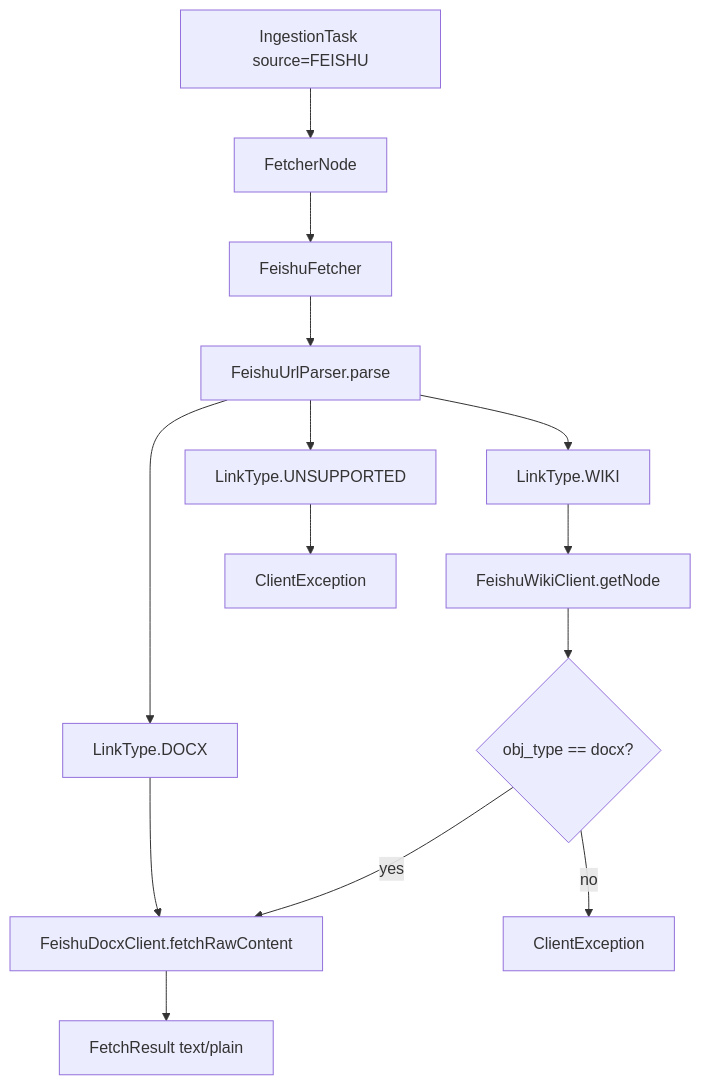
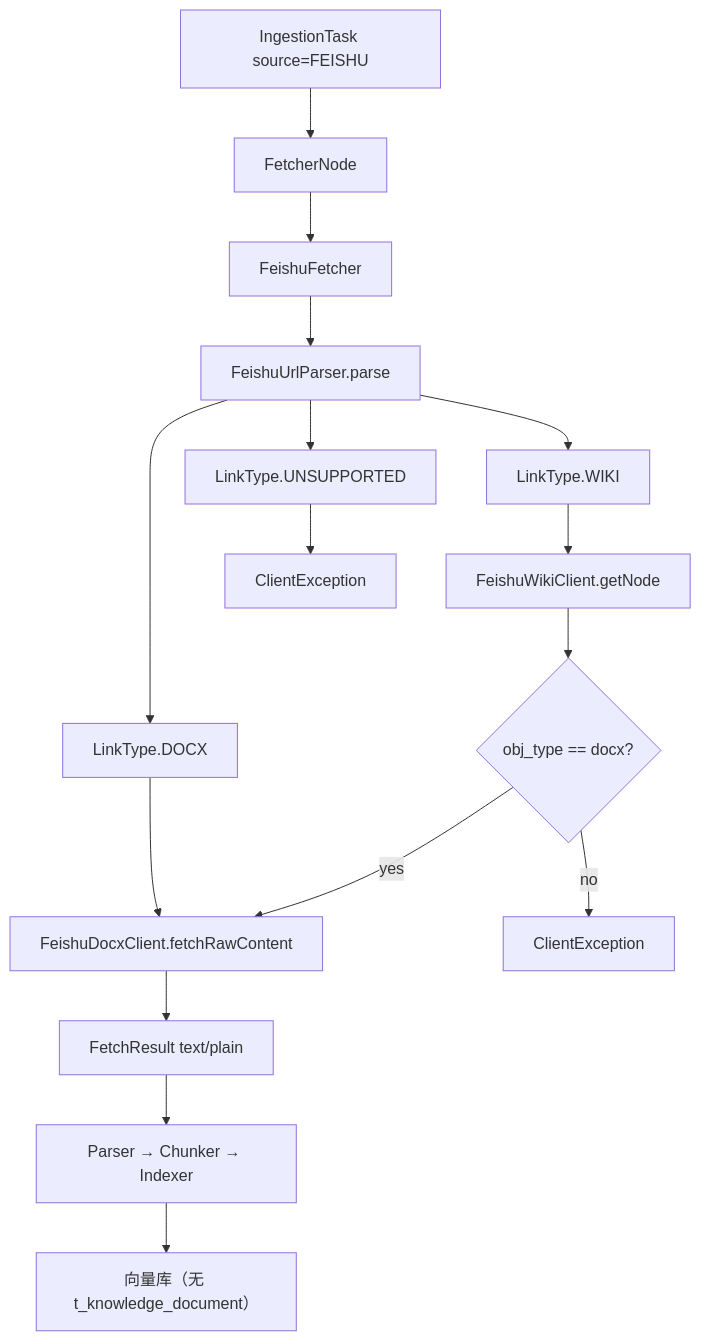
One commit to ZhaoWeijunX/ragent changed the first of 2 diagrams in docs/feishu-wiki-integration.md. Above: the diagram before and after it, drawn with Mermaid. The commit also changed other lines of this file and 8 other files, not shown here.

````diff
--- a/docs/feishu-wiki-integration.md
+++ b/docs/feishu-wiki-integration.md
@@ -51,16 +58,18 @@
 ```mermaid
 flowchart TD
     task[IngestionTask source=FEISHU] --> fetcherNode[FetcherNode]
     fetcherNode --> feishuFetcher[FeishuFetcher]
     feishuFetcher --> urlParser[FeishuUrlParser.parse]
     urlParser --> docxBranch[LinkType.DOCX]
     urlParser --> wikiBranch[LinkType.WIKI]
     urlParser --> unsupported[LinkType.UNSUPPORTED]
     docxBranch --> docxClient[FeishuDocxClient.fetchRawContent]
     wikiBranch --> wikiClient[FeishuWikiClient.getNode]
     wikiClient --> checkType{obj_type == docx?}
     checkType -->|yes| docxClient
     checkType -->|no| clientErr[ClientException]
     docxClient --> result["FetchResult text/plain"]
     unsupported --> clientErr2[ClientException]
+    result --> pipeline[Parser → Chunker → Indexer]
+    pipeline --> vectorOnly["向量库（无 t_knowledge_document）"]
 ```
````
